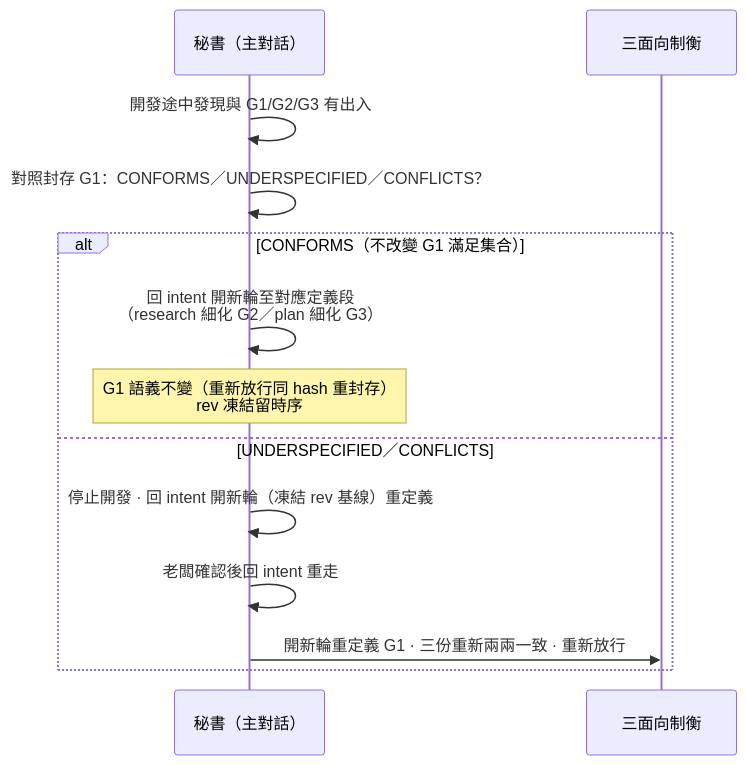
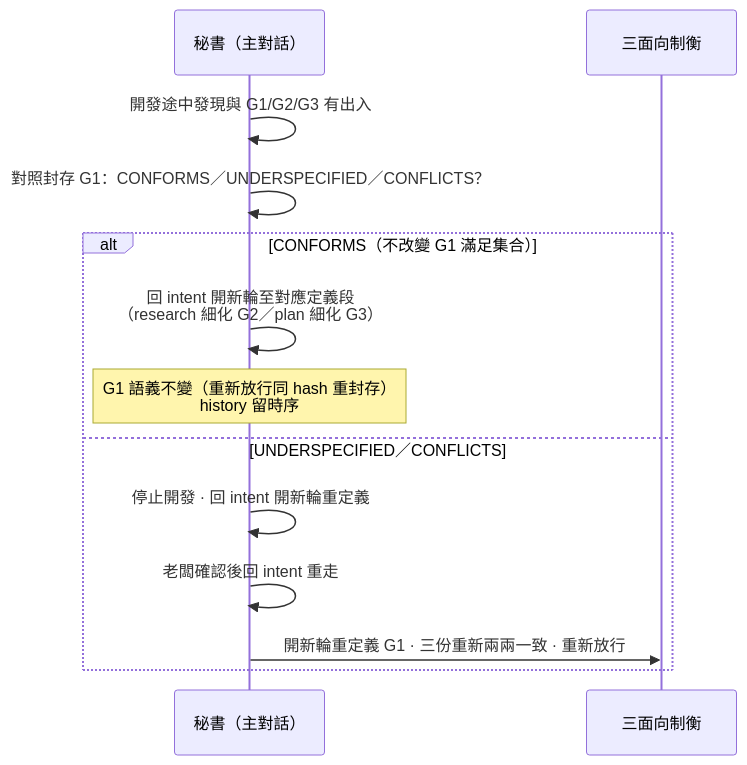
One commit to teps3105/shiftblame changed the second of 8 diagrams in skills/shiftblame/SKILL.md. Above: the diagram before and after it, drawn with Mermaid. The commit also changed other lines of this file and 19 other files, not shown here.

````diff
--- a/skills/shiftblame/SKILL.md
+++ b/skills/shiftblame/SKILL.md
@@ -78,17 +78,17 @@
    ```mermaid
    sequenceDiagram
         participant SEC as 秘書（主對話）
         participant Consult as 三面向制衡
 
         SEC->>SEC: 開發途中發現與 G1/G2/G3 有出入
         SEC->>SEC: 對照封存 G1：CONFORMS／UNDERSPECIFIED／CONFLICTS？
 
         alt CONFORMS（不改變 G1 滿足集合）
             SEC->>SEC: 回 intent 開新輪至對應定義段<br/>（research 細化 G2／plan 細化 G3）
-            Note over SEC: G1 語義不變（重新放行同 hash 重封存）<br/>rev 凍結留時序
+            Note over SEC: G1 語義不變（重新放行同 hash 重封存）<br/>history 留時序
         else UNDERSPECIFIED／CONFLICTS
-            SEC->>SEC: 停止開發 · 回 intent 開新輪（凍結 rev 基線）重定義
+            SEC->>SEC: 停止開發 · 回 intent 開新輪重定義
             SEC->>SEC: 老闆確認後回 intent 重走
             SEC->>Consult: 開新輪重定義 G1 · 三份重新兩兩一致 · 重新放行
         end
    ```
````
